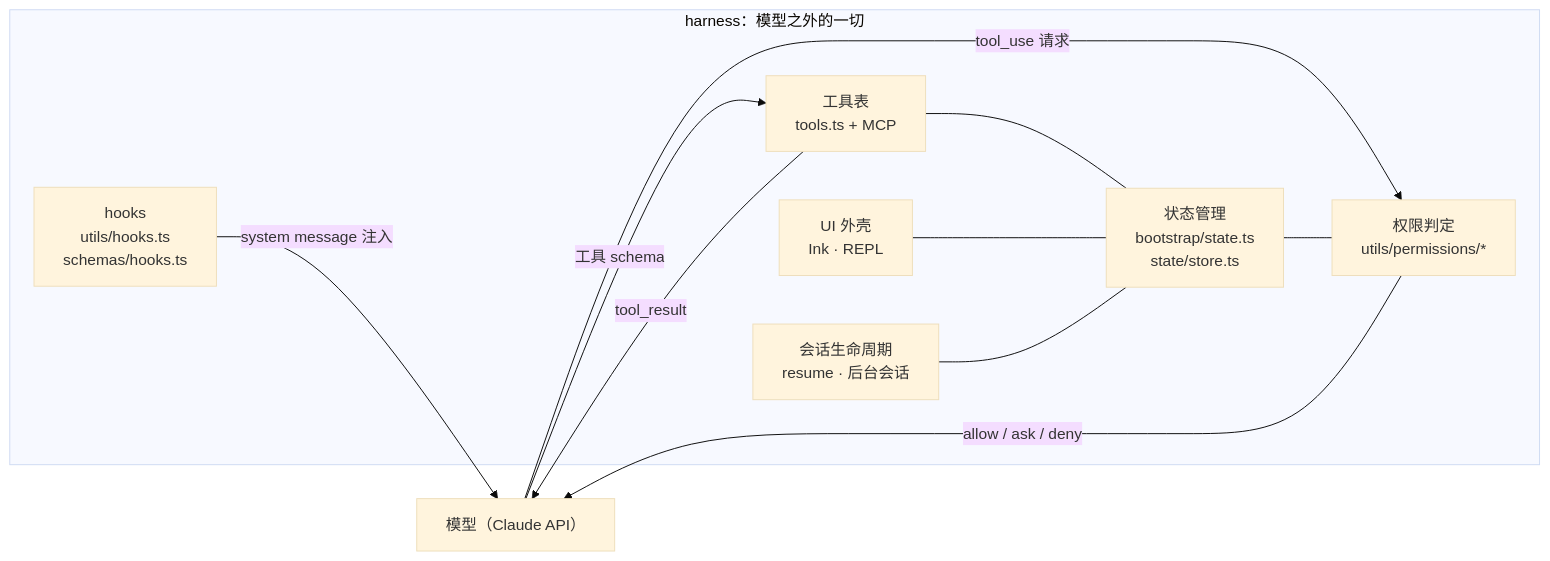
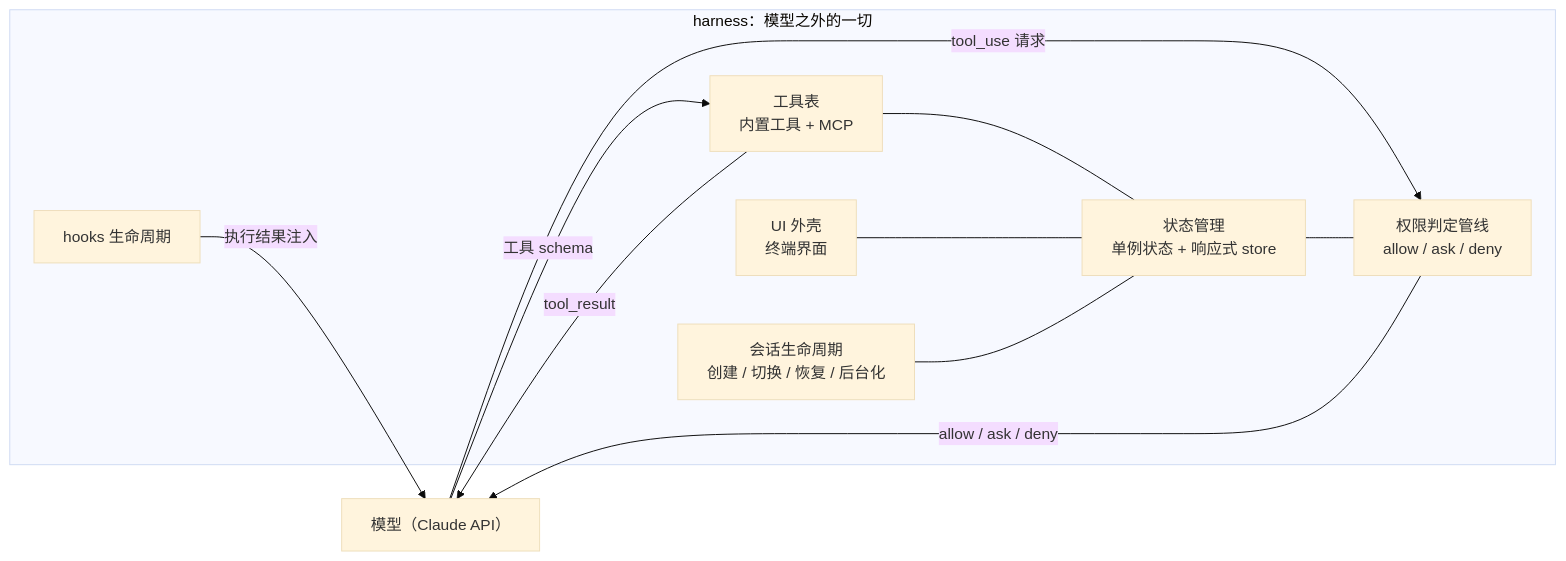
One commit to c926694/obsidian_note changed the first of 4 diagrams in agent/learn-cc/harness.md. Above: the diagram before and after it, drawn with Mermaid (base theme). The commit also changed other lines of this file and 6 other files, not shown here.

````diff
--- a/agent/learn-cc/harness.md
+++ b/agent/learn-cc/harness.md
@@ -7,21 +7,21 @@
 ```mermaid
 graph LR
     M["模型（Claude API）"]
     subgraph H["harness：模型之外的一切"]
-        S["状态管理<br/>bootstrap/state.ts<br/>state/store.ts"]
-        P["权限判定<br/>utils/permissions/*"]
-        T["工具表<br/>tools.ts + MCP"]
-        K["hooks<br/>utils/hooks.ts<br/>schemas/hooks.ts"]
-        U["UI 外壳<br/>Ink · REPL"]
-        L["会话生命周期<br/>resume · 后台会话"]
+        S["状态管理<br/>单例状态 + 响应式 store"]
+        P["权限判定管线<br/>allow / ask / deny"]
+        T["工具表<br/>内置工具 + MCP"]
+        K["hooks 生命周期"]
+        U["UI 外壳<br/>终端界面"]
+        L["会话生命周期<br/>创建 / 切换 / 恢复 / 后台化"]
     end
     M -->|"tool_use 请求"| P
     P -->|"allow / ask / deny"| M
     M -->|"工具 schema"| T
     T -->|"tool_result"| M
-    K -->|"system message 注入"| M
+    K -->|"执行结果注入"| M
     S --- P
     T --- S
     U --- S
     L --- S
 ```
````
